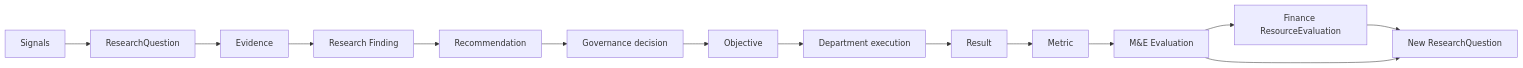
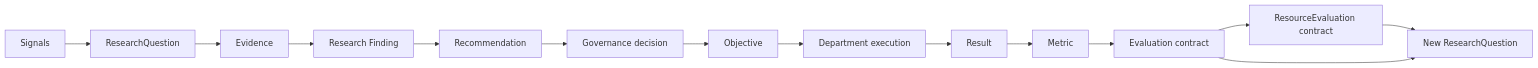
The second of 2 diagrams in docs/architecture/departments.md (Node-Features/company-os), drawn with Mermaid before and after one commit. The commit also changed other lines of this file and 3 other files, not shown here.

````diff
--- a/docs/architecture/departments.md
+++ b/docs/architecture/departments.md
@@ -108,16 +124,16 @@
 ```mermaid
 flowchart LR
     Signals[Signals] --> RQ[ResearchQuestion]
     RQ --> Evidence[Evidence]
     Evidence --> Finding[Research Finding]
     Finding --> Recommendation[Recommendation]
     Recommendation --> Governance[Governance decision]
     Governance --> Objective[Objective]
     Objective --> Execution[Department execution]
     Execution --> Result[Result]
     Result --> Metric[Metric]
-    Metric --> Evaluation[M&E Evaluation]
-    Evaluation --> Resource[Finance ResourceEvaluation]
+    Metric --> Evaluation[Evaluation contract]
+    Evaluation --> Resource[ResourceEvaluation contract]
     Resource --> NewQuestion[New ResearchQuestion]
     Evaluation --> NewQuestion
 ```
````
